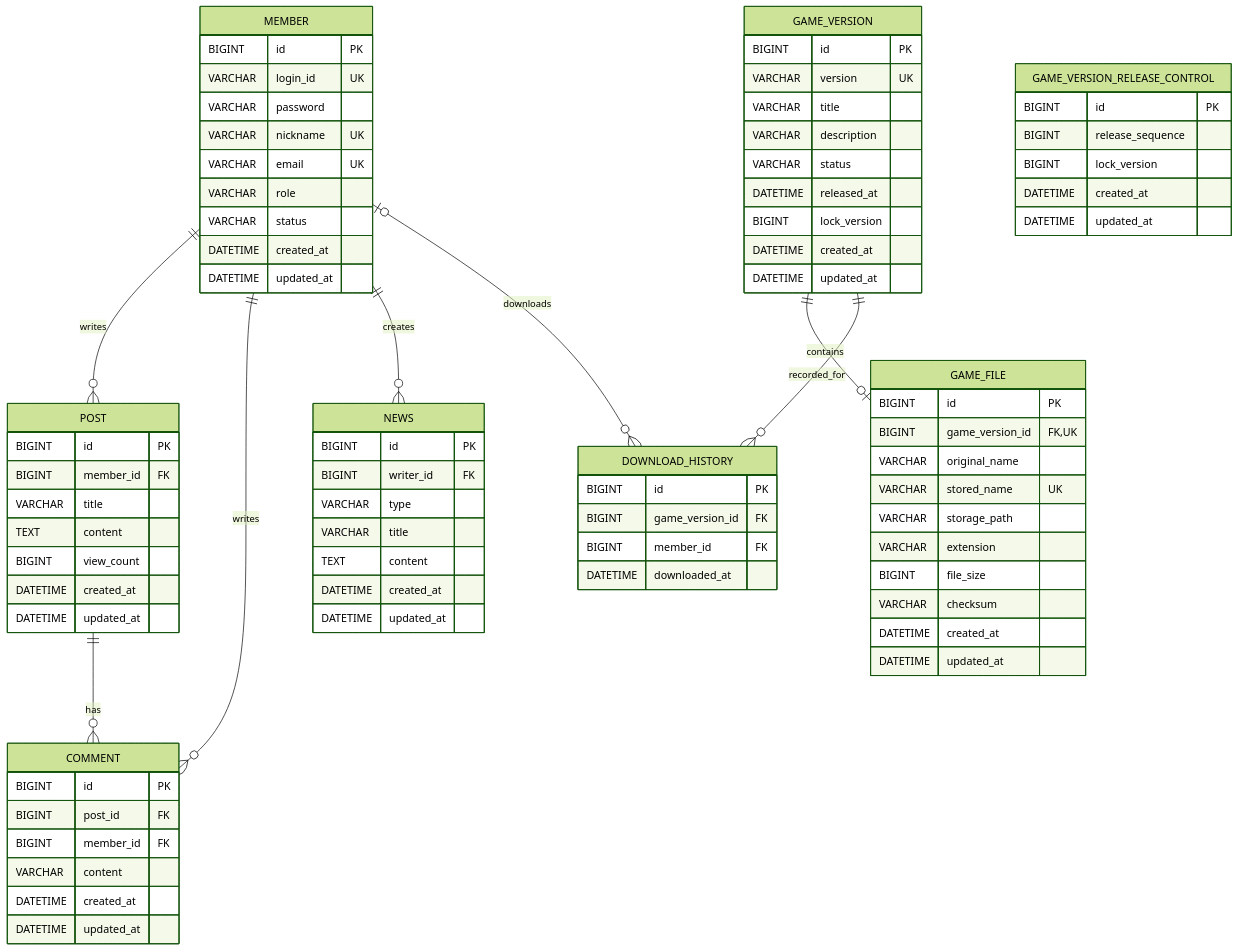
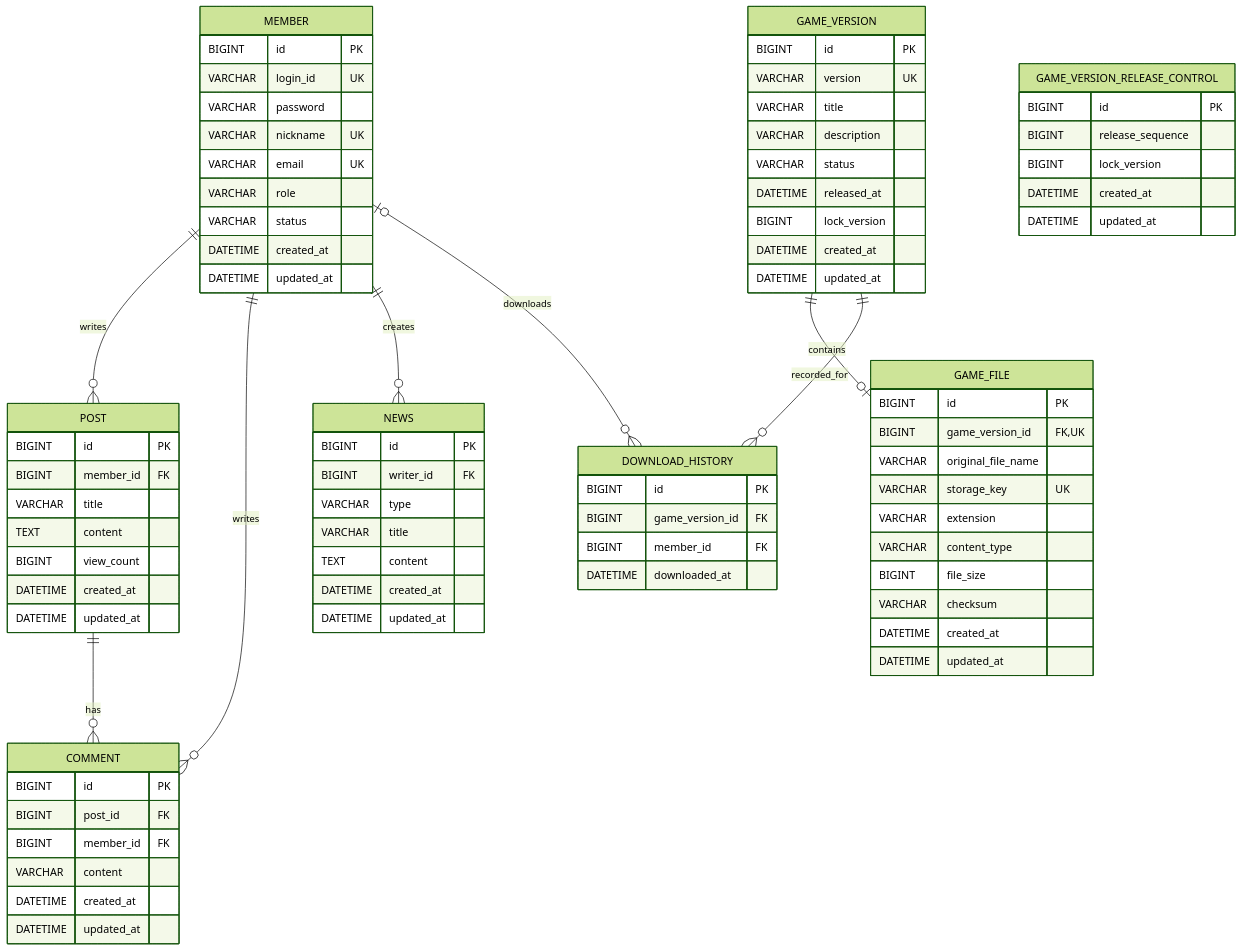
Before and after one commit to Jmin0613/Jexon: the diagram in docs/04_ERD.md, drawn with Mermaid (forest theme). The commit also changed other lines of this file and 4 other files, not shown here.

```diff
--- a/docs/04_ERD.md
+++ b/docs/04_ERD.md
@@ -396,10 +399,10 @@
     GAME_FILE {
         BIGINT id PK
         BIGINT game_version_id FK,UK
-        VARCHAR original_name
-        VARCHAR stored_name UK
-        VARCHAR storage_path
+        VARCHAR original_file_name
+        VARCHAR storage_key UK
         VARCHAR extension
+        VARCHAR content_type
         BIGINT file_size
         VARCHAR checksum
         DATETIME created_at
```
